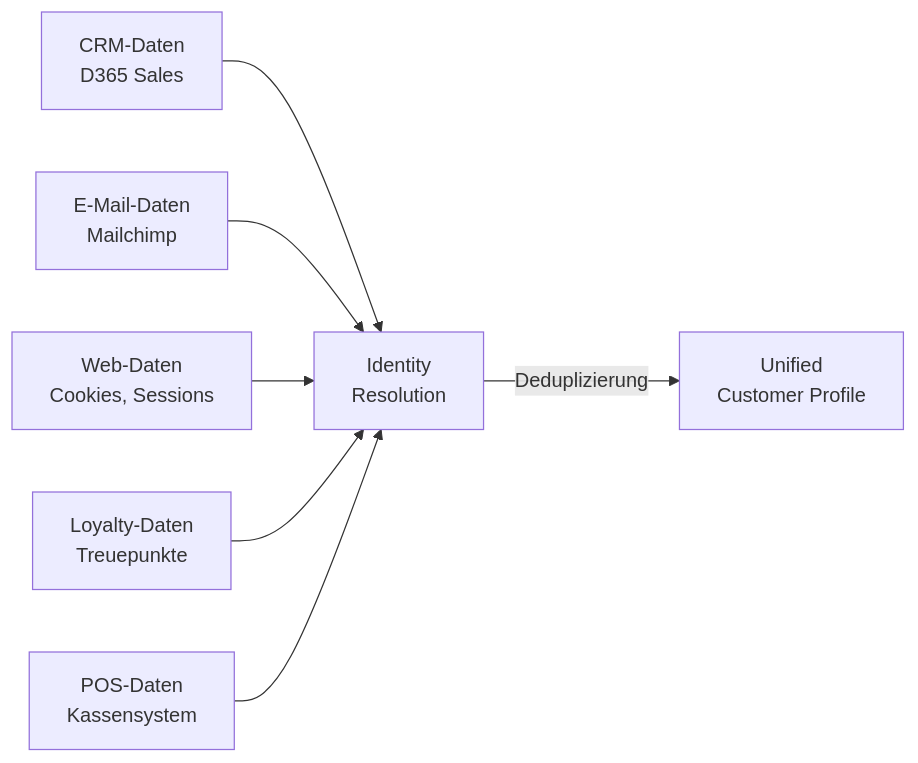
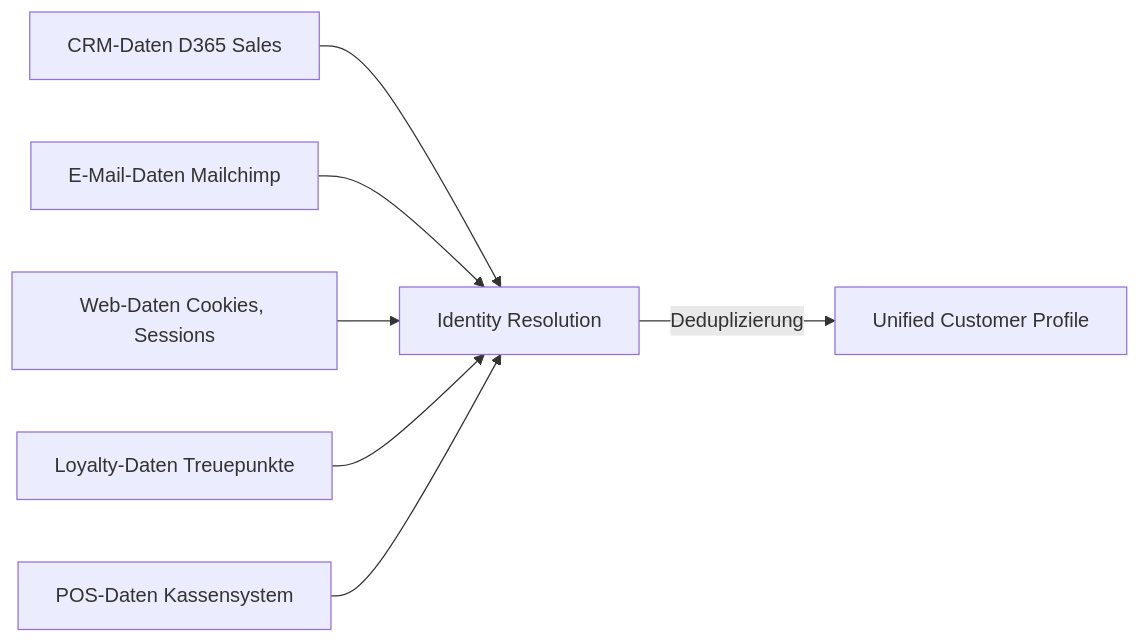
The second of 5 diagrams in Microsoft 365/Dynamics 365/Dynamics 365 Customer Insights.md (SoniiiT/notes-n-docs), drawn with Mermaid before and after one commit. The commit also changed other lines of this file and 124 other files, not shown here.

First line of the commit message:
fix: Entferne \n aus allen Mermaid-Diagrammen (125 Dateien)

````diff
--- a/Microsoft 365/Dynamics 365/Dynamics 365 Customer Insights.md
+++ b/Microsoft 365/Dynamics 365/Dynamics 365 Customer Insights.md
@@ -63,9 +63,9 @@
 ```mermaid
 graph LR
-    CRM[CRM-Daten\nD365 Sales] --> MATCH[Identity\nResolution]
-    EML[E-Mail-Daten\nMailchimp] --> MATCH
-    WEB[Web-Daten\nCookies, Sessions] --> MATCH
-    LOYAL[Loyalty-Daten\nTreuepunkte] --> MATCH
-    POS[POS-Daten\nKassensystem] --> MATCH
-    MATCH -->|Deduplizierung| UCP[Unified\nCustomer Profile]
+    CRM[CRM-Daten D365 Sales] --> MATCH[Identity Resolution]
+    EML[E-Mail-Daten Mailchimp] --> MATCH
+    WEB[Web-Daten Cookies, Sessions] --> MATCH
+    LOYAL[Loyalty-Daten Treuepunkte] --> MATCH
+    POS[POS-Daten Kassensystem] --> MATCH
+    MATCH -->|Deduplizierung| UCP[Unified Customer Profile]
 ```
````
